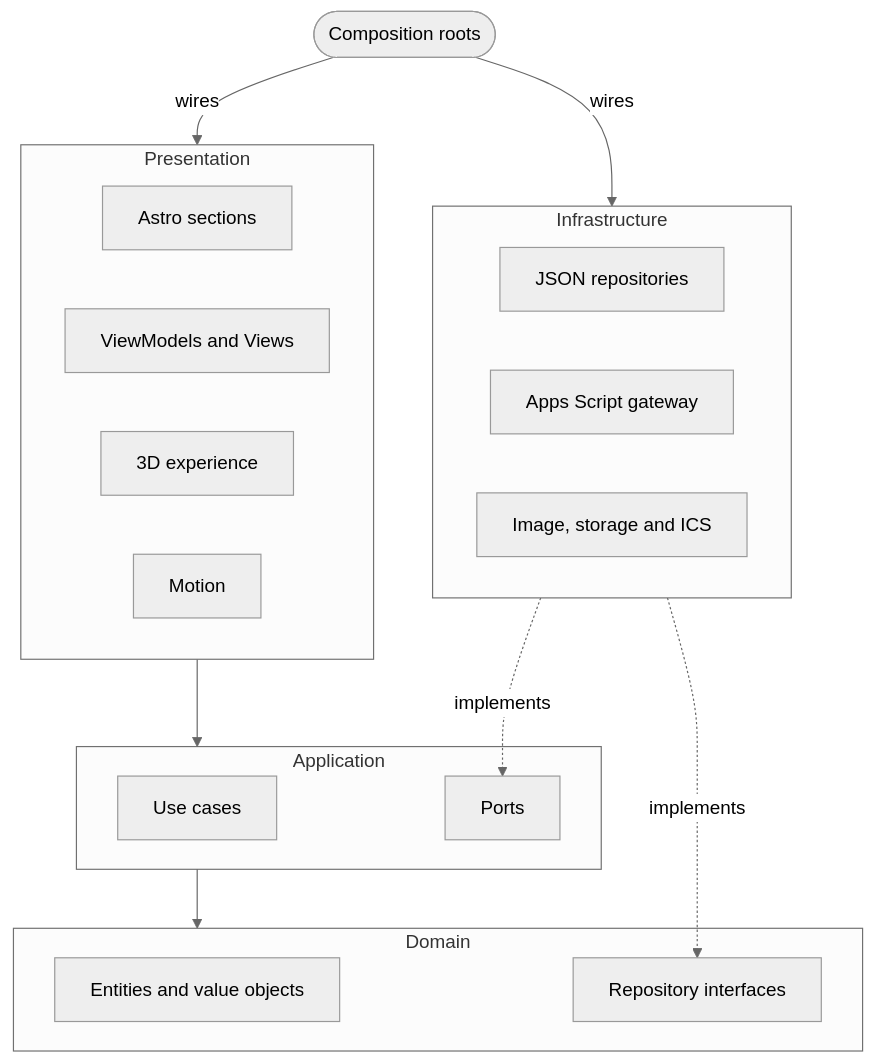
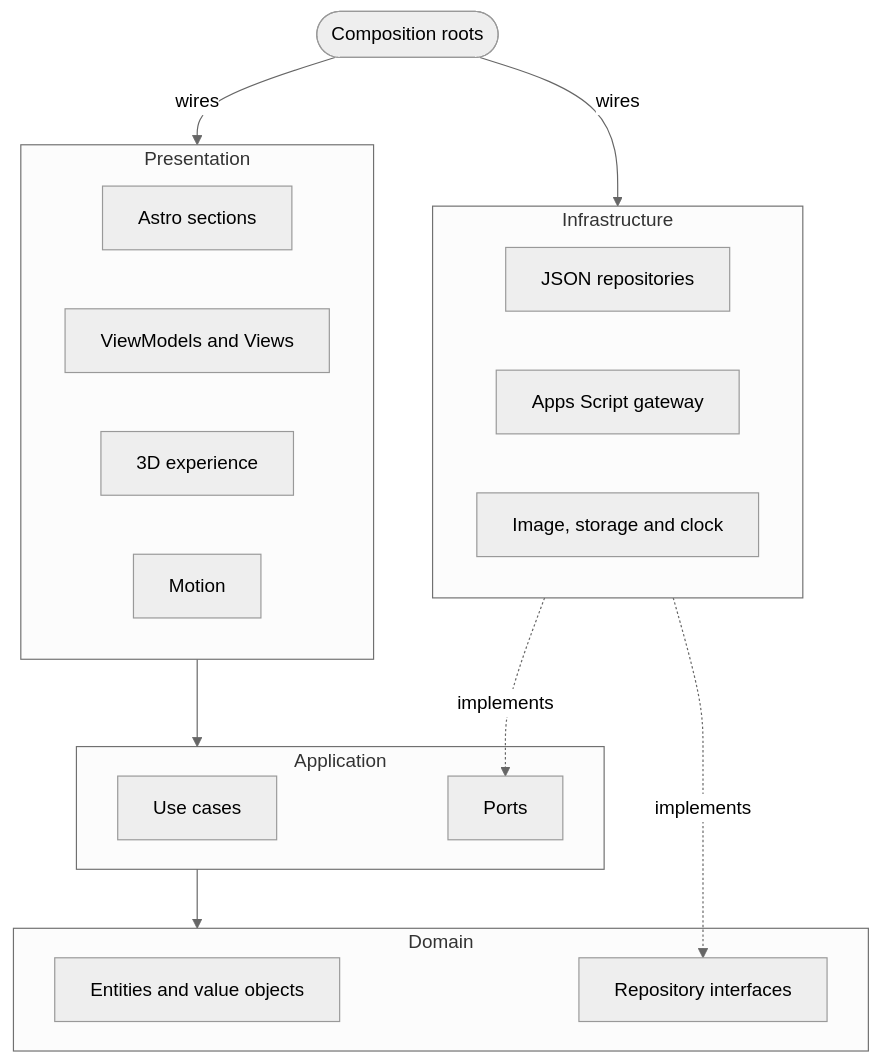
One commit to Marcos-Codfy/lp-hackarun changed the first of 2 diagrams in README.en.md. Above: the diagram before and after it, drawn with Mermaid (neutral theme). The commit also changed other lines of this file and 10 other files, not shown here.

Commit message:
docs: cloudflare flow, team roles, identity credit and the organization repo

````diff
--- a/README.en.md
+++ b/README.en.md
@@ -141,30 +143,30 @@
 ```mermaid
 flowchart TB
   subgraph PRES["Presentation"]
     SEC["Astro sections"]
     MVVM["ViewModels and Views"]
     XP["3D experience"]
     MOT["Motion"]
   end
   subgraph APP["Application"]
     UC["Use cases"]
     PORTS["Ports"]
   end
   subgraph DOM["Domain"]
     ENT["Entities and value objects"]
     REPO["Repository interfaces"]
   end
   subgraph INFRA["Infrastructure"]
     JSON["JSON repositories"]
     GAS["Apps Script gateway"]
-    ADP["Image, storage and ICS"]
+    ADP["Image, storage and clock"]
   end
   COMP(["Composition roots"])
 
   COMP -- wires --> PRES
   COMP -- wires --> INFRA
   PRES --> APP
   APP --> DOM
   INFRA -. implements .-> PORTS
   INFRA -. implements .-> REPO
 ```
````
